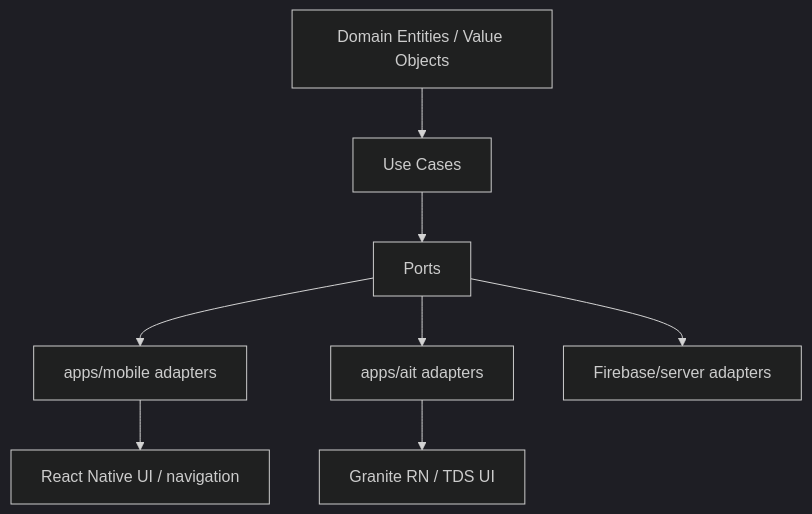
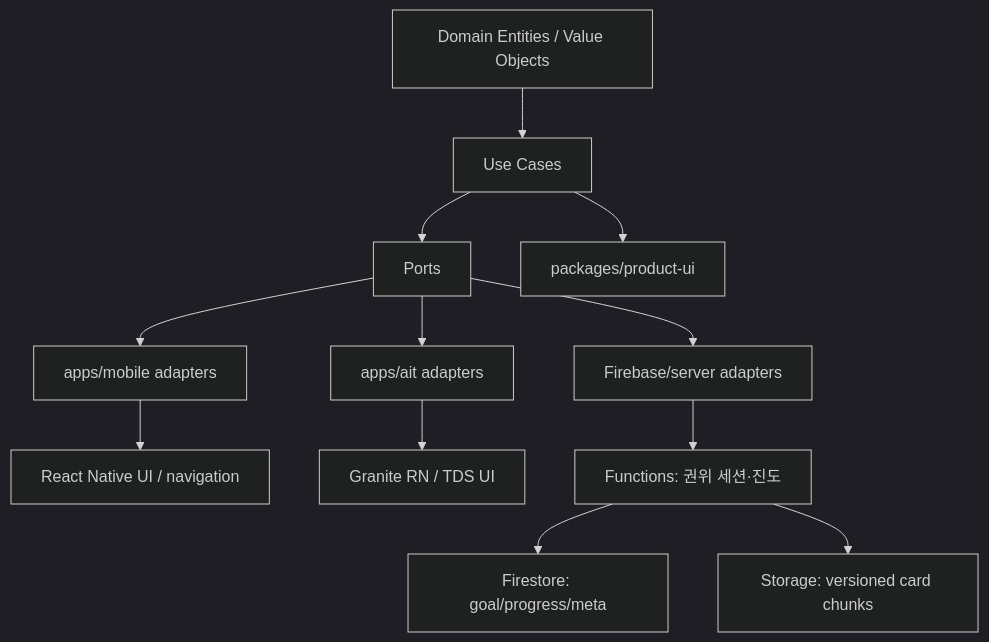
The first of 2 diagrams in docs/03-architecture/clean-architecture.md (seorilabs/daoewo), drawn with Mermaid (dark theme) before and after one commit. The commit also changed other lines of this file and 414 other files, not shown here.

````diff
--- a/docs/03-architecture/clean-architecture.md
+++ b/docs/03-architecture/clean-architecture.md
@@ -5,10 +5,14 @@
 ```mermaid
 flowchart TD
   Domain["Domain Entities / Value Objects"] --> UseCases["Use Cases"]
   UseCases --> Ports["Ports"]
   Ports --> MobileAdapters["apps/mobile adapters"]
   Ports --> AITAdapters["apps/ait adapters"]
   Ports --> FirebaseAdapters["Firebase/server adapters"]
+  UseCases --> ProductUI["packages/product-ui"]
   MobileAdapters --> MobileUI["React Native UI / navigation"]
   AITAdapters --> AITUI["Granite RN / TDS UI"]
+  FirebaseAdapters --> Functions["Functions: 권위 세션·진도"]
+  Functions --> Firestore["Firestore: goal/progress/meta"]
+  Functions --> Storage["Storage: versioned card chunks"]
 ```
````
